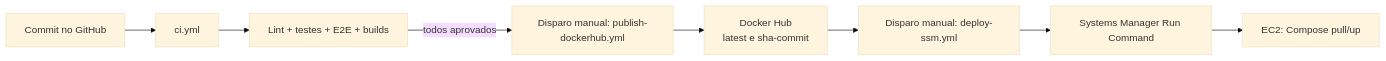
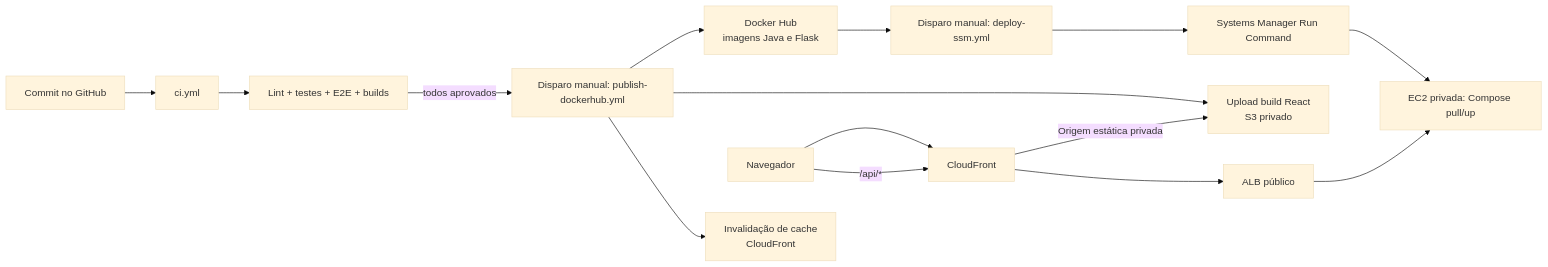
The diagram in tutorial/aula-07-dockerhub-github-actions.md (profAndreSouza/Factory-Hub), drawn with Mermaid (base theme) before and after one commit. The commit also changed other lines of this file and 12 other files, not shown here.

Commit message:
feat: update documentation for AWS architecture, Terraform workflows, and frontend integration

````diff
--- a/tutorial/aula-07-dockerhub-github-actions.md
+++ b/tutorial/aula-07-dockerhub-github-actions.md
@@ -52,10 +52,15 @@
 ```mermaid
 flowchart LR
     CHANGE[Commit no GitHub] --> CI[ci.yml]
     CI --> GATES[Lint + testes + E2E + builds]
     GATES -->|todos aprovados| MANUAL[Disparo manual: publish-dockerhub.yml]
-    MANUAL --> HUB[Docker Hub<br/>latest e sha-commit]
+    MANUAL --> HUB[Docker Hub<br/>imagens Java e Flask]
+    MANUAL --> S3[Upload build React<br/>S3 privado]
+    MANUAL --> INVALIDATE[Invalidação de cache<br/>CloudFront]
     HUB --> DEPLOY[Disparo manual: deploy-ssm.yml]
     DEPLOY --> SSM[Systems Manager Run Command]
-    SSM --> EC2[EC2: Compose pull/up]
+    SSM --> EC2[EC2 privada: Compose pull/up]
+    USER[Navegador] --> CF[CloudFront]
+    CF -->|Origem estática privada| S3
+    USER -->|/api/*| CF --> ALB[ALB público] --> EC2
 ```
````
